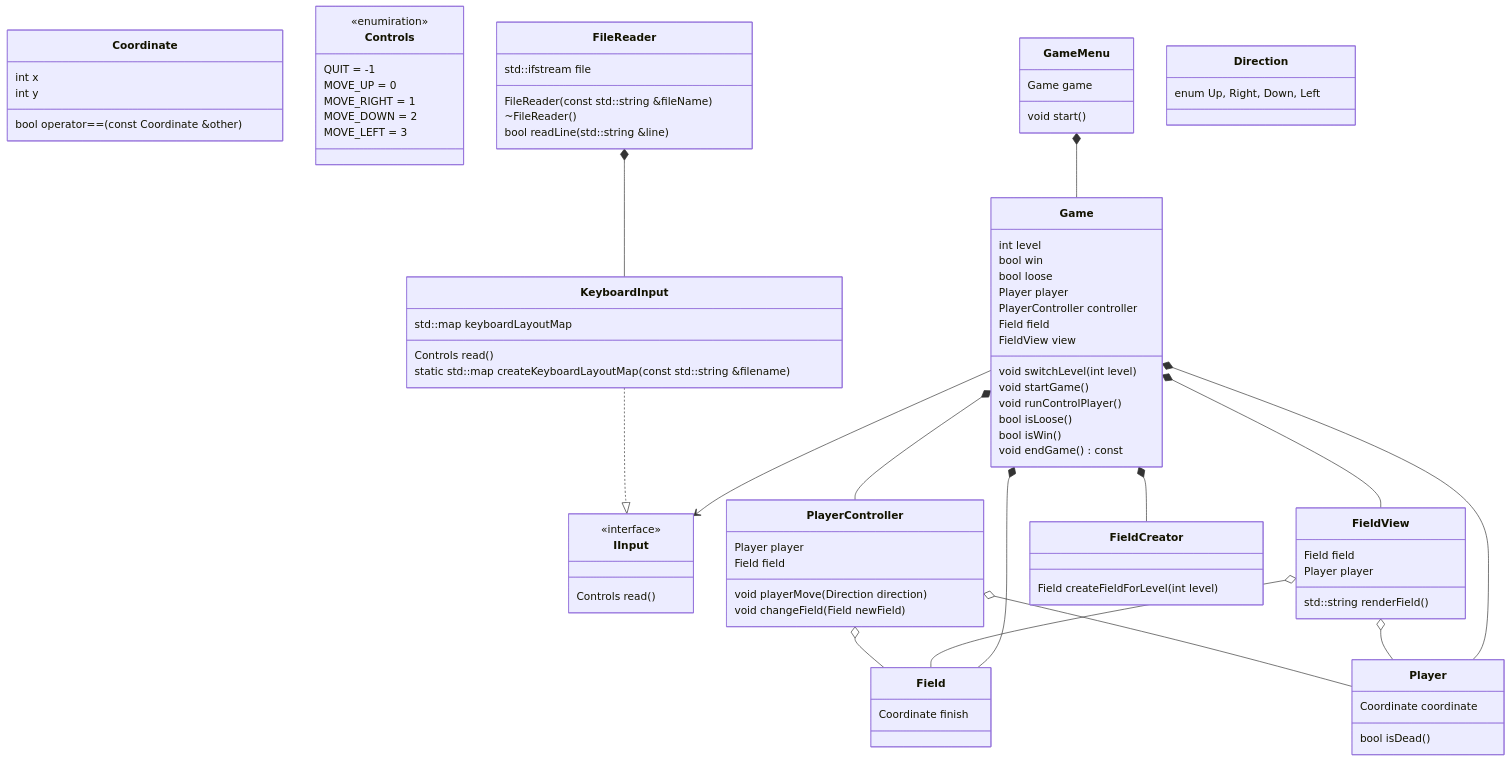
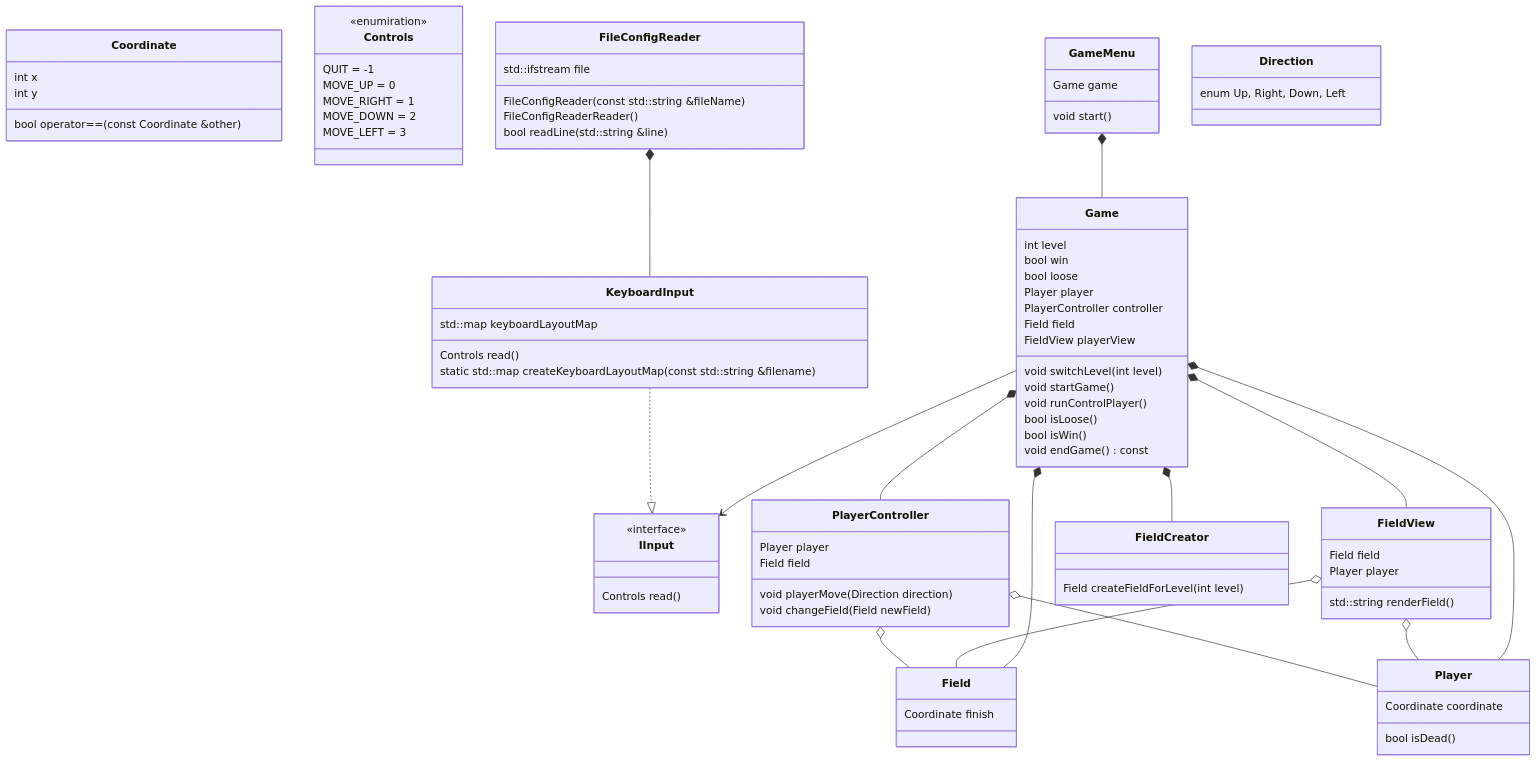
Before and after one commit to TeUm3048/oop_zhandirych: the diagram in гребанные отчетности/диаграммка4.md, drawn with Mermaid. The commit also changed 29 other files, not shown here.

```diff
--- a/гребанные отчетности/диаграммка4.md
+++ b/гребанные отчетности/диаграммка4.md
@@ -27,10 +27,10 @@
         static std::map<int, Controls> createKeyboardLayoutMap(const std::string &filename)
     }
 
-    class FileReader {
+    class FileConfigReader {
         std::ifstream file
-        FileReader(const std::string &fileName)
-        ~FileReader()
+        FileConfigReader(const std::string &fileName)
+        FileConfigReaderReader()
         bool readLine(std::string &line)
     }
 
@@ -63,7 +63,7 @@
         Player player
         PlayerController controller
         Field field
-        FieldView view
+        FieldView playerView
         void switchLevel(int level)
         void startGame()
         void runControlPlayer()
@@ -86,7 +86,7 @@
     }
 
     KeyboardInput ..|> IInput
-    FileReader *-- KeyboardInput
+    FileConfigReader *-- KeyboardInput
     PlayerController o-- Field
     PlayerController o-- Player
     FieldView o-- Player
```
